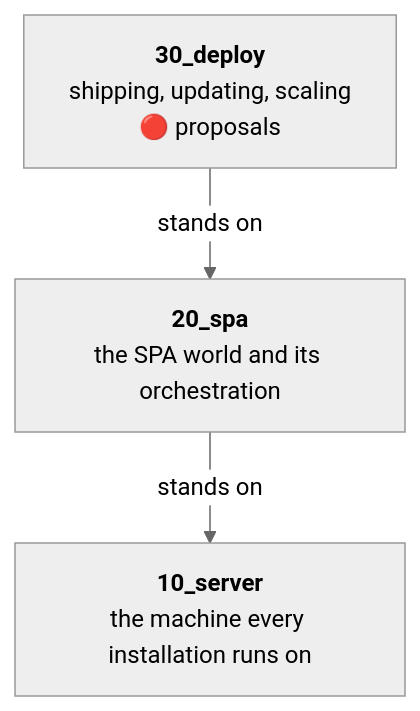
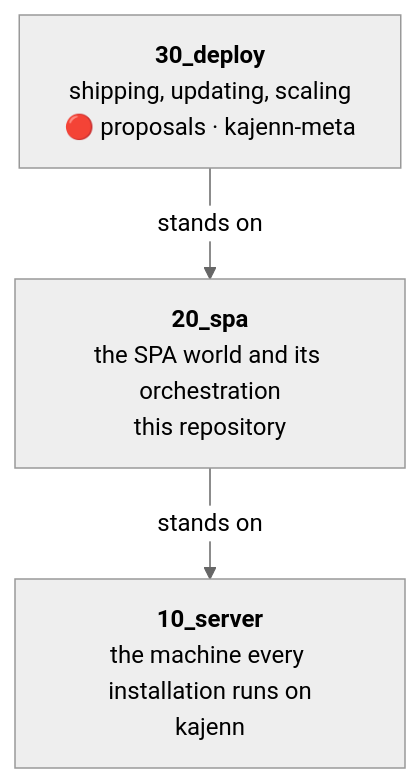
Before and after one commit to kajenn-org/kajenn-orchestra: the first of 2 diagrams in internals/00_overview/README.md, drawn with Mermaid (neutral theme). The commit also changed other lines of this file and 8 other files, not shown here.

````diff
--- a/internals/00_overview/README.md
+++ b/internals/00_overview/README.md
@@ -340,8 +344,8 @@
 ```mermaid
 flowchart TB
-    D30["<b>30_deploy</b><br/>shipping, updating, scaling<br/>🔴 proposals"]
-    D20["<b>20_spa</b><br/>the SPA world and its orchestration"]
-    D10["<b>10_server</b><br/>the machine every installation runs on"]
+    D30["<b>30_deploy</b><br/>shipping, updating, scaling<br/>🔴 proposals · kajenn-meta"]
+    D20["<b>20_spa</b><br/>the SPA world and its orchestration<br/>this repository"]
+    D10["<b>10_server</b><br/>the machine every installation runs on<br/>kajenn"]
     D30 -->|stands on| D20
     D20 -->|stands on| D10
 ```
````
